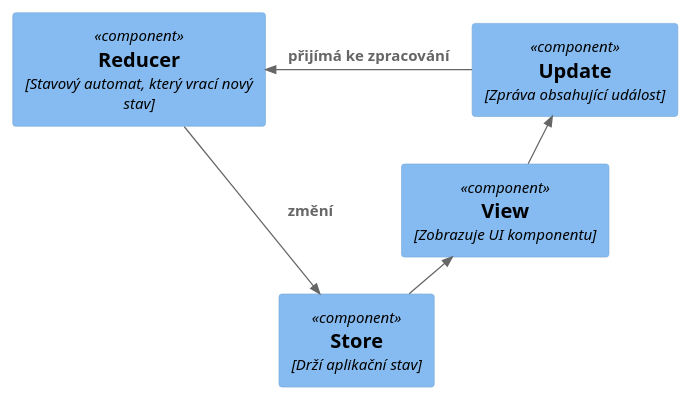
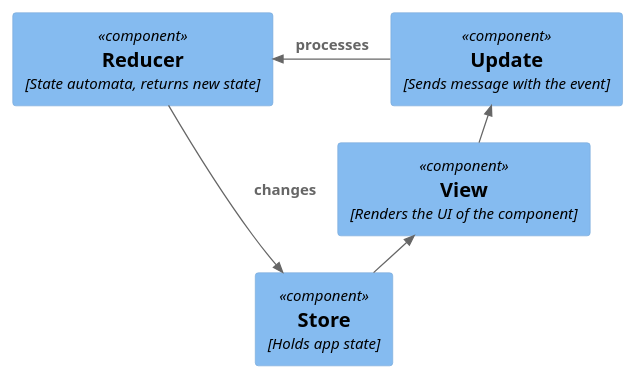
The diagram in slides/10-wasm.md (grolig/pv281), drawn with PlantUML before and after one commit. The commit also changed other lines of this file and 14 other files, not shown here.

```diff
--- a/slides/10-wasm.md
+++ b/slides/10-wasm.md
@@ -163,15 +199,16 @@
 @startuml
 !include https://raw.githubusercontent.com/plantuml-stdlib/C4-PlantUML/master/C4_Container.puml
 !include https://raw.githubusercontent.com/plantuml-stdlib/C4-PlantUML/master/C4_Component.puml
 
-Component(store, "Store", "Drží aplikační stav")
-Component(view, "View", "Zobrazuje UI komponentu")
-Component(update, "Update", "Zpráva obsahující událost")
-Component(reducer, "Reducer", "Stavový automat, který vrací nový stav")
 
-Rel_L(store, view, "vykreslení")
-Rel_L(view, update, "událost/zaslání zprávy")
-Rel_L(update, reducer, "přijímá ke zpracování")
-Rel(reducer, store, "změní")
+Component(store, "Store", "Holds app state")
+Component(view, "View", "Renders the UI of the component")
+Component(update, "Update", "Sends message with the event")
+Component(reducer, "Reducer", "State automata, returns new state")
+
+Rel_L(store, view, "render")
+Rel_L(view, update, "(event) message passing")
+Rel_L(update, reducer, "processes")
+Rel(reducer, store, "changes")
 
 @enduml
```
